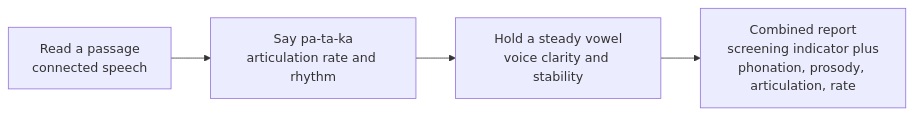
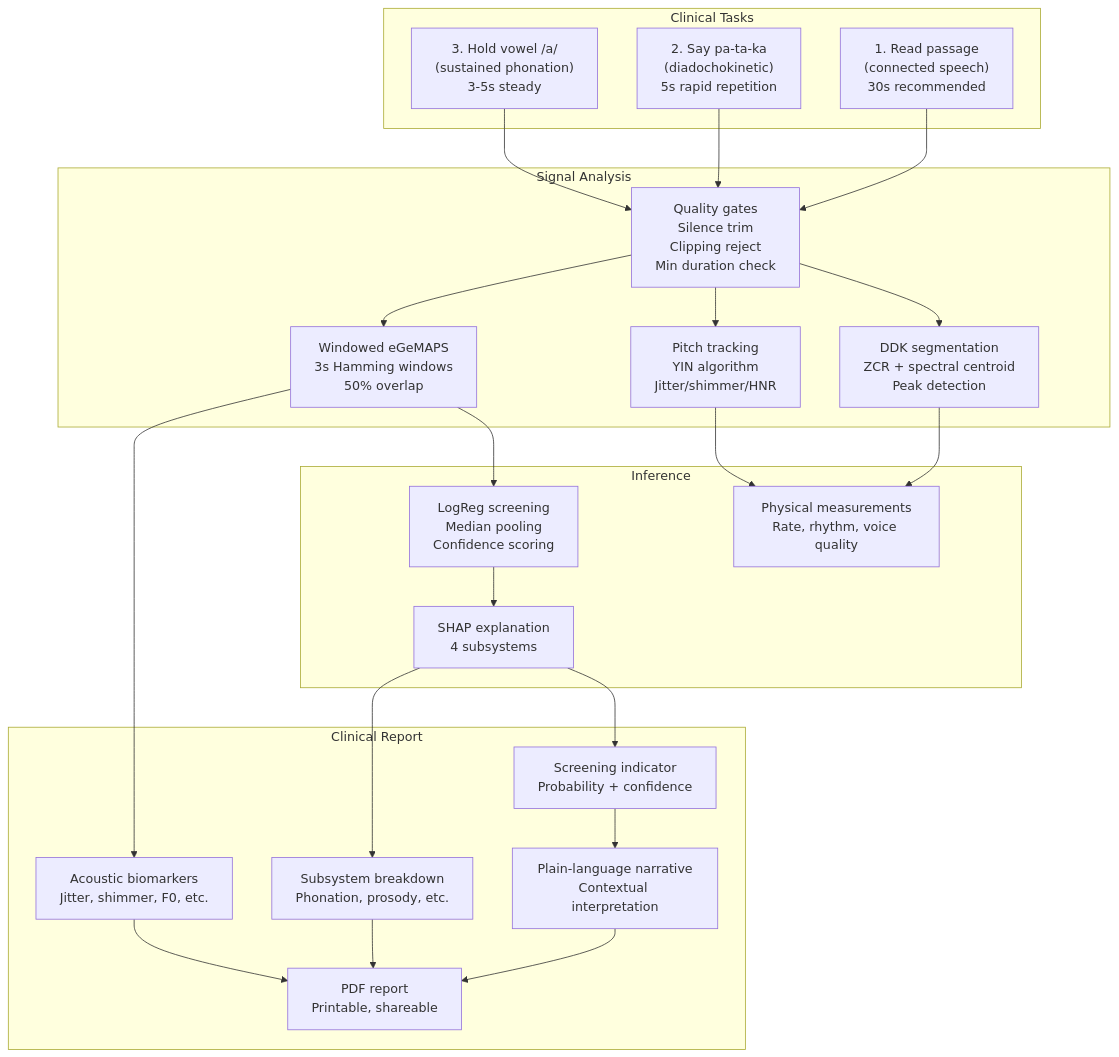
One commit to ahammadshawki8/CADENCE changed the fifth of 6 diagrams in README.md. Above: the diagram before and after it, drawn with Mermaid. The commit also changed other lines of this file and 3 other files, not shown here.

````diff
--- a/README.md
+++ b/README.md
@@ -115,6 +276,42 @@
 ```mermaid
-flowchart LR
-    A["Read a passage<br/>connected speech"] --> B["Say pa-ta-ka<br/>articulation rate and rhythm"]
-    B --> C["Hold a steady vowel<br/>voice clarity and stability"]
-    C --> D["Combined report<br/>screening indicator plus<br/>phonation, prosody, articulation, rate"]
+flowchart TD
+    subgraph Tasks["Clinical Tasks"]
+        A["1. Read passage<br/>(connected speech)<br/>30s recommended"]
+        B["2. Say pa-ta-ka<br/>(diadochokinetic)<br/>5s rapid repetition"]
+        C["3. Hold vowel /a/<br/>(sustained phonation)<br/>3-5s steady"]
+    end
+    
+    subgraph Processing["Signal Analysis"]
+        D["Quality gates<br/>Silence trim<br/>Clipping reject<br/>Min duration check"]
+        E["Windowed eGeMAPS<br/>3s Hamming windows<br/>50% overlap"]
+        F["DDK segmentation<br/>ZCR + spectral centroid<br/>Peak detection"]
+        G["Pitch tracking<br/>YIN algorithm<br/>Jitter/shimmer/HNR"]
+    end
+    
+    subgraph Modeling["Inference"]
+        H["LogReg screening<br/>Median pooling<br/>Confidence scoring"]
+        I["SHAP explanation<br/>4 subsystems"]
+        J["Physical measurements<br/>Rate, rhythm, voice quality"]
+    end
+    
+    subgraph Output["Clinical Report"]
+        K["Screening indicator<br/>Probability + confidence"]
+        L["Subsystem breakdown<br/>Phonation, prosody, etc."]
+        M["Acoustic biomarkers<br/>Jitter, shimmer, F0, etc."]
+        N["Plain-language narrative<br/>Contextual interpretation"]
+        O["PDF report<br/>Printable, shareable"]
+    end
+    
+    A --> D --> E --> H
+    B --> D --> F --> J
+    C --> D --> G --> J
+    
+    H --> I
+    I --> K
+    I --> L
+    E --> M
+    
+    K --> N --> O
+    L --> O
+    M --> O
 ```
````
